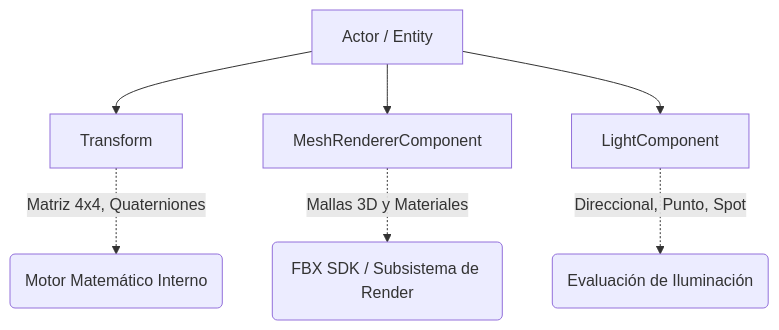
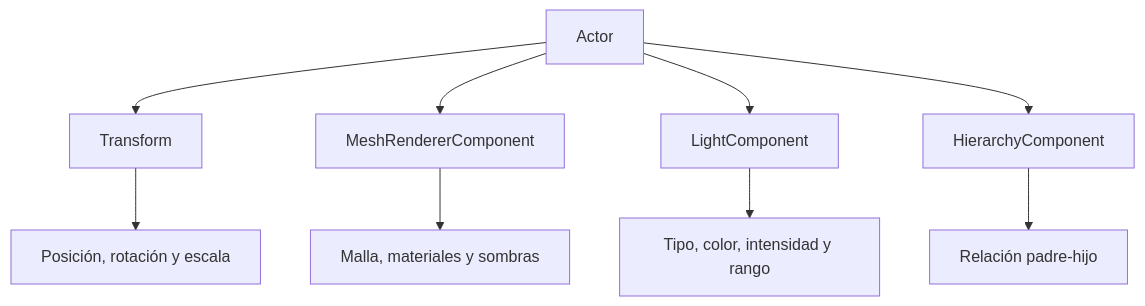
One commit to TheStixd23/WildvineEngine changed the first of 3 diagrams in README.md. Above: the diagram before and after it, drawn with Mermaid. The commit also changed other lines of this file, not shown here.

````diff
--- a/README.md
+++ b/README.md
@@ -12,10 +195,12 @@
 ```mermaid
 graph TD
-    A[Actor / Entity] --> B[Transform]
+    A[Actor] --> B[Transform]
     A --> C[MeshRendererComponent]
     A --> D[LightComponent]
-    
-    B -.->|Matriz 4x4, Quaterniones| B1(Motor Matemático Interno)
-    C -.->|Mallas 3D y Materiales| C1(FBX SDK / Subsistema de Render)
-    D -.->|Direccional, Punto, Spot| D1(Evaluación de Iluminación)
+    A --> E[HierarchyComponent]
+
+    B --> F[Posición, rotación y escala]
+    C --> G[Malla, materiales y sombras]
+    D --> H[Tipo, color, intensidad y rango]
+    E --> I[Relación padre-hijo]
 ```
````
